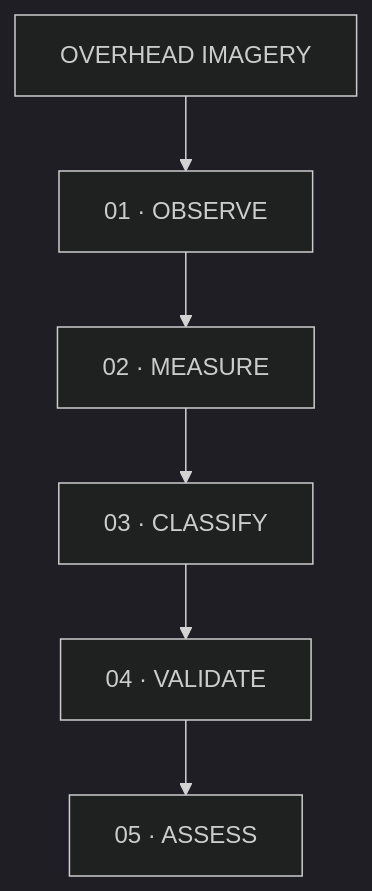
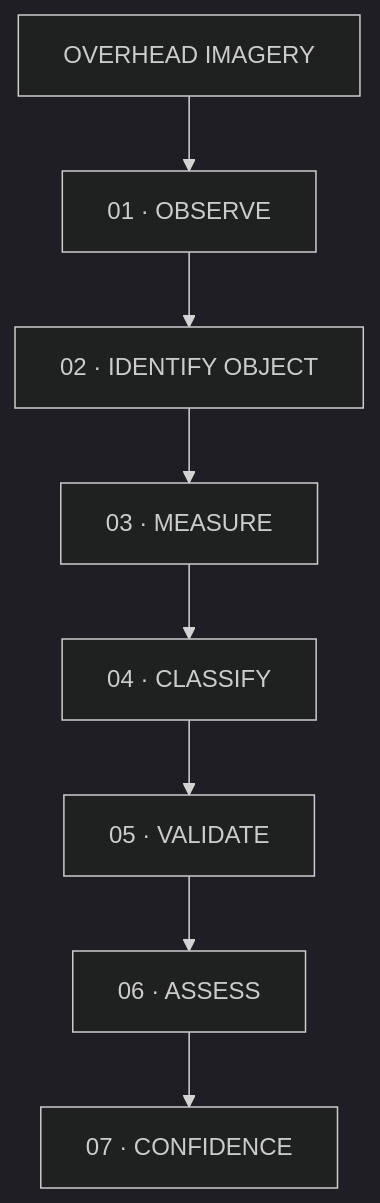
Before and after one commit to Flavia-etyang/Flavia-etyang1: the diagram in satellite-vessel-intelligence/satellite-vessel-intelligence/README.md, drawn with Mermaid (dark theme).

````diff
--- a/satellite-vessel-intelligence/satellite-vessel-intelligence/README.md
+++ b/satellite-vessel-intelligence/satellite-vessel-intelligence/README.md
@@ -27,8 +27,11 @@
 ```mermaid
 flowchart TD
     A[OVERHEAD IMAGERY] --> B[01 · OBSERVE]
-    B --> C[02 · MEASURE]
-    C --> D[03 · CLASSIFY]
-    D --> E[04 · VALIDATE]
-    E --> F[05 · ASSESS]
+    B --> C[02 · IDENTIFY OBJECT]
+    C --> D[03 · MEASURE]
+    D --> E[04 · CLASSIFY]
+    E --> F[05 · VALIDATE]
+    F --> G[06 · ASSESS]
+    G --> H[07 · CONFIDENCE]
+    
 ```
````
